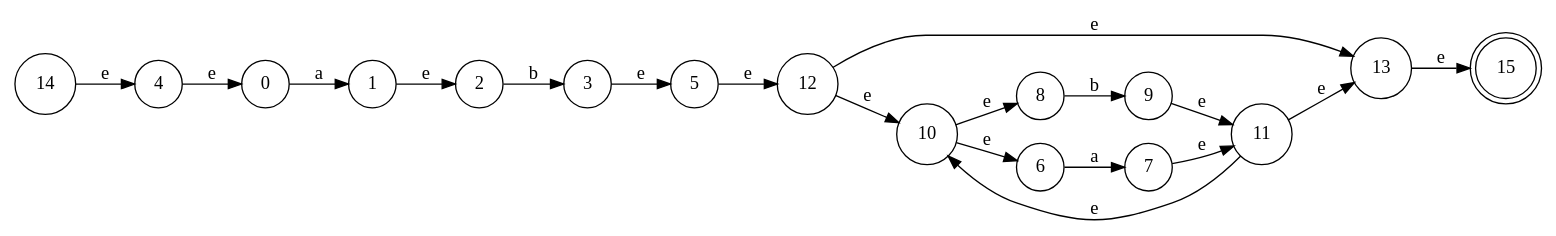
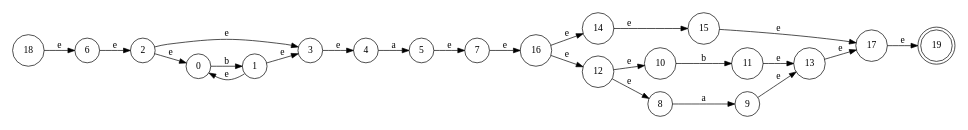
Before and after one commit to 2112529/NKUCompiler: the diagram in OT1/nfa.dot, drawn with Graphviz. The commit also changed 14 other files, not shown here.

```diff
--- a/OT1/nfa.dot
+++ b/OT1/nfa.dot
@@ -1,24 +1,51 @@
 digraph NFA {
     rankdir=LR;
-    node [shape=circle];
-    15 [shape=doublecircle]; // isAccepting: 1
+    size="10,7";
+    node [shape = circle];
 
-    14 -> 4 [label="e"];
-    4 -> 0 [label="e"];
-    0 -> 1 [label="a"];
-    1 -> 2 [label="e"];
-    2 -> 3 [label="b"];
-    3 -> 5 [label="e"];
-    5 -> 12 [label="e"];
-    12 -> 13 [label="e"];
-    12 -> 10 [label="e"];
-    13 -> 15 [label="e"];
-    10 -> 8 [label="e"];
-    10 -> 6 [label="e"];
-    8 -> 9 [label="b"];
-    6 -> 7 [label="a"];
-    9 -> 11 [label="e"];
-    7 -> 11 [label="e"];
-    11 -> 13 [label="e"];
-    11 -> 10 [label="e"];
+    // 定义接受状态
+    19 [shape = doublecircle];
+
+    // 转换
+    18 -> 6 [label = "e"];
+    
+    6 -> 2 [label = "e"];
+    
+    2 -> 3 [label = "e"];
+    2 -> 0 [label = "e"];
+    
+    3 -> 4 [label = "e"];
+    
+    0 -> 1 [label = "b"];
+    
+    4 -> 5 [label = "a"];
+    
+    1 -> 3 [label = "e"];
+    1 -> 0 [label = "e"];
+    
+    5 -> 7 [label = "e"];
+    
+    7 -> 16 [label = "e"];
+    
+    16 -> 14 [label = "e"];
+    16 -> 12 [label = "e"];
+    
+    14 -> 15 [label = "e"];
+    
+    12 -> 10 [label = "e"];
+    12 -> 8  [label = "e"];
+    
+    15 -> 17 [label = "e"];
+    
+    10 -> 11 [label = "b"];
+    
+    8 -> 9 [label = "a"];
+    
+    17 -> 19 [label = "e"];
+    
+    11 -> 13 [label = "e"];
+    
+    9 -> 13 [label = "e"];
+    
+    13 -> 17 [label = "e"];
 }
```
